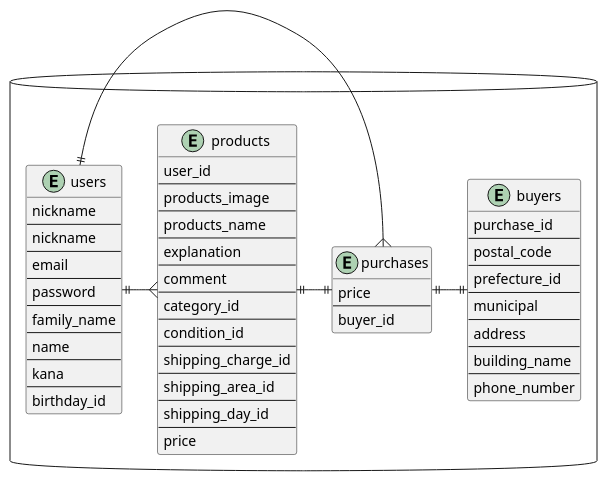
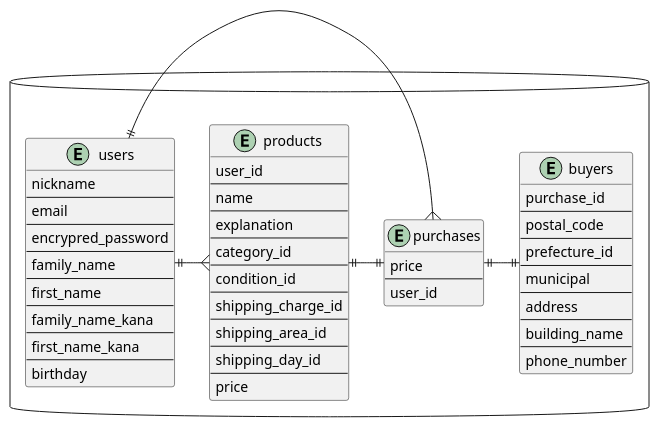
Before and after one commit to KouseiImai/furima-28159: the diagram in ER_figure.pu, drawn with PlantUML. The commit also changed 1 other file, not shown here.

```diff
--- a/ER_figure.pu
+++ b/ER_figure.pu
@@ -1,76 +1,72 @@
 @startuml EntityRelationship
 package "" as target_system <<Database>> {
 
   entity "users" as users {
     nickname 
     --
-    nickname
-    --
     email
     --
-    password
+    encrypred_password
     --
     family_name
     --
-    name
+    first_name
     --
-    kana
+    family_name_kana
     --
-    birthday_id
+    first_name_kana
+    --
+    birthday
   }
 
   entity "products " as products  {
     user_id
     --
-    products_image
-    --
-    products_name
+    name
     --
     explanation
-    --
-    comment
     --
     category_id
     --
     condition_id
     --
     shipping_charge_id
     --
     shipping_area_id
     --
     shipping_day_id
     --
     price
   }
 
   entity "purchases" as purchases {
     price
     --
-    buyer_id
+    user_id
   }
 
   entity "buyers" as buyers {
     purchase_id
     --
     postal_code
     --
     prefecture_id
     --
     municipal
     --
     address
     --
     building_name
     --
     phone_number
   }
 
 
   ' リレーションシップ
   users ||-{ products
   users ||-{ purchases
   purchases ||-|| buyers
   products ||-|| purchases
   
   }
 @enduml
```
